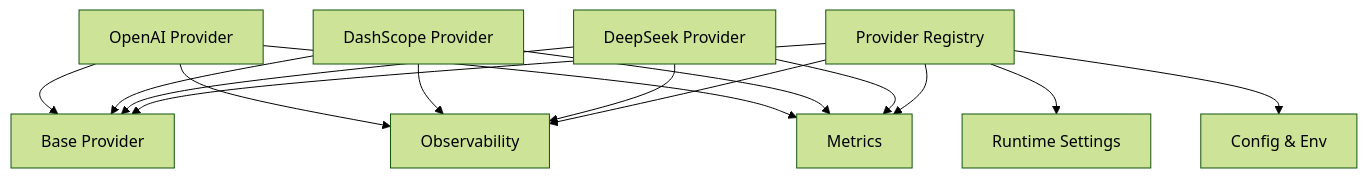
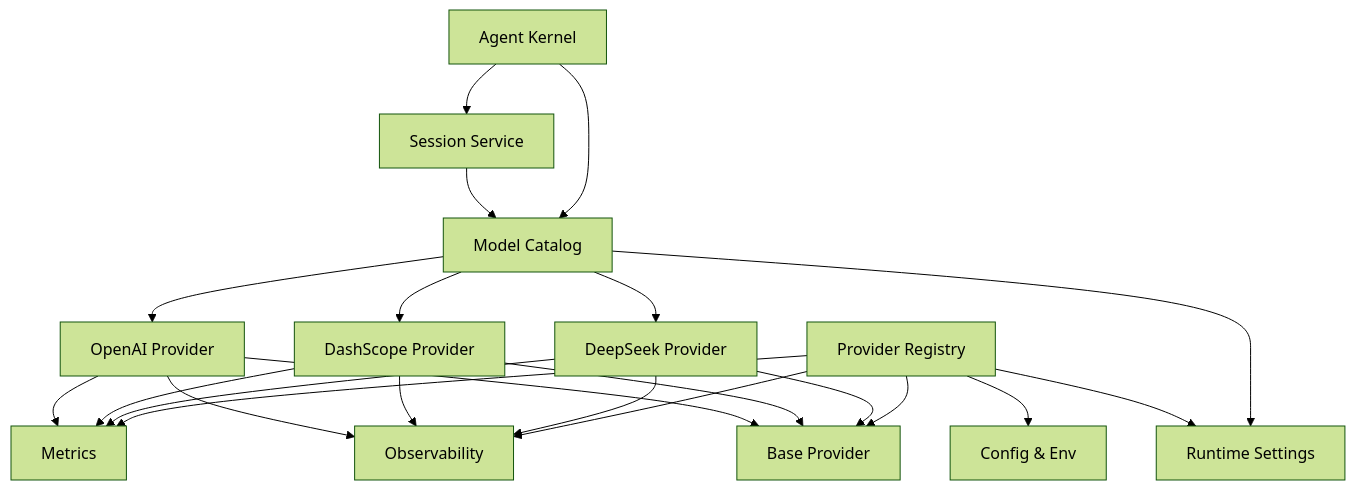
One commit to metasync/luban-aiops changed the sixth of 6 diagrams in .qoder/repowiki/en/content/Agent Platform Service/Provider Registry and Multi-Provider Support.md. Above: the diagram before and after it, drawn with Mermaid (forest theme). The commit also changed other lines of this file and 24 other files, not shown here.

````diff
--- a/.qoder/repowiki/en/content/Agent Platform Service/Provider Registry and Multi-Provider Support.md
+++ b/.qoder/repowiki/en/content/Agent Platform Service/Provider Registry and Multi-Provider Support.md
@@ -416,26 +520,36 @@
 ```mermaid
 graph TB
 Base["Base Provider"]
 OAI["OpenAI Provider"]
 DS["DashScope Provider"]
 DK["DeepSeek Provider"]
 Reg["Provider Registry"]
 Cfg["Config & Env"]
 RS["Runtime Settings"]
 Obs["Observability"]
 Met["Metrics"]
+Catalog["Model Catalog"]
+SessionSvc["Session Service"]
+Kernel["Agent Kernel"]
 OAI --> Base
 DS --> Base
 DK --> Base
 Reg --> Base
 Reg --> RS
 Reg --> Cfg
 OAI --> Obs
 DS --> Obs
 DK --> Obs
 Reg --> Obs
 OAI --> Met
 DS --> Met
 DK --> Met
 Reg --> Met
+Catalog --> RS
+Catalog --> OAI
+Catalog --> DS
+Catalog --> DK
+SessionSvc --> Catalog
+Kernel --> Catalog
+Kernel --> SessionSvc
 ```
````
